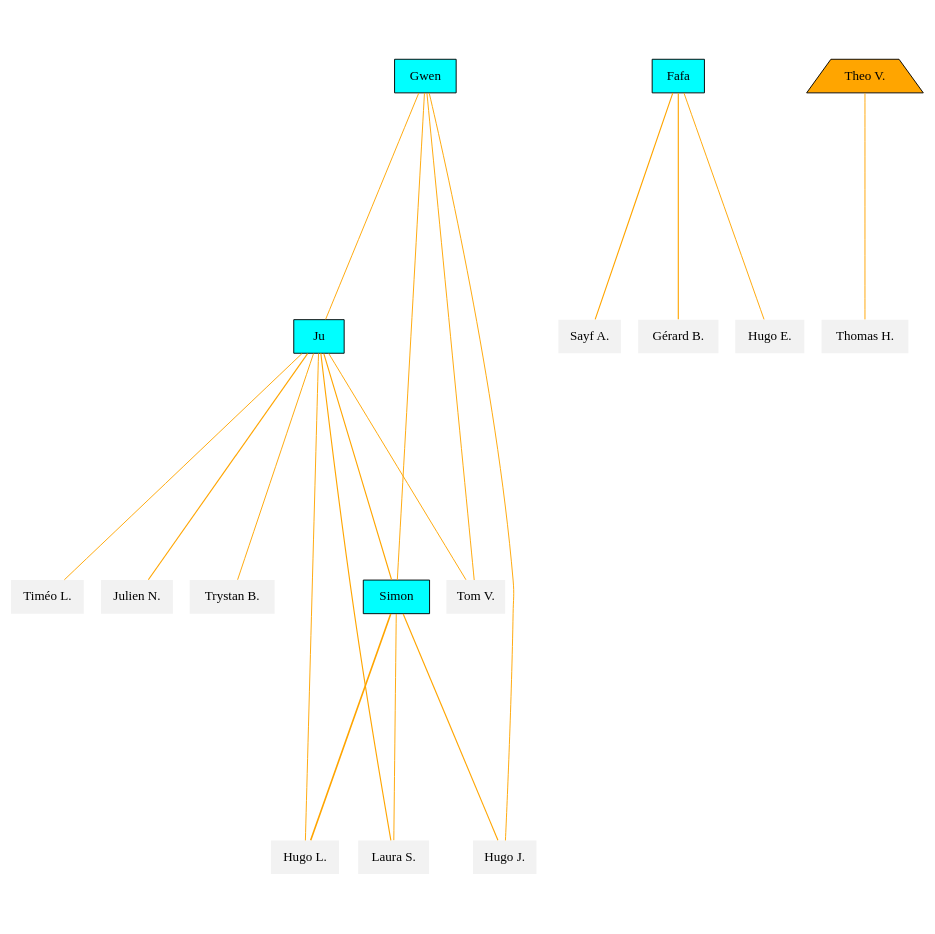
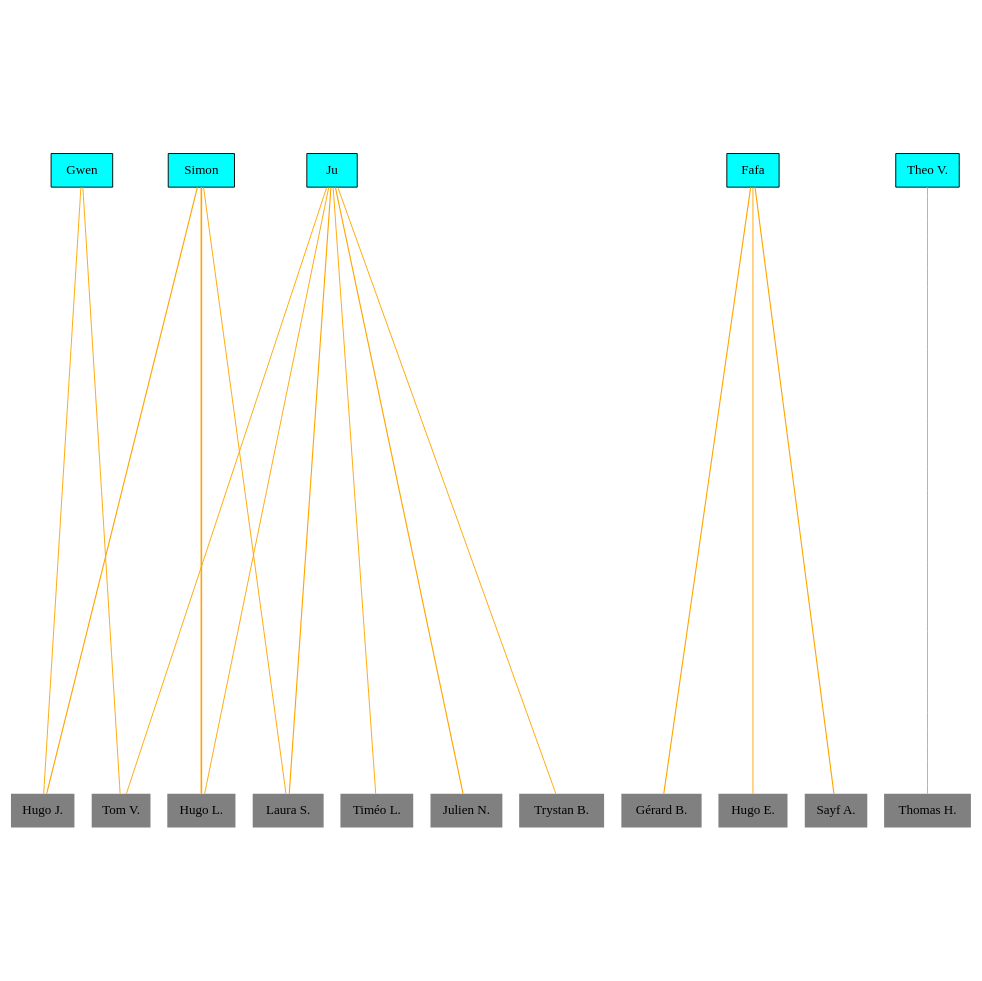
The diagram in jumpers_PAC.dot (GuilhemRep/sauts), drawn with Graphviz before and after one commit. The commit also changed 5 other files, not shown here.

```diff
--- a/jumpers_PAC.dot
+++ b/jumpers_PAC.dot
@@ -1,37 +1,34 @@
 graph Jumpers {
 	graph [overlap=false ratio=1 size="15,15" splines=true]
-	"Julien N." [fillcolor=gray95 shape=none style=filled]
-	"Trystan B." [fillcolor=gray95 shape=none style=filled]
-	"Sayf A." [fillcolor=gray95 shape=none style=filled]
-	"Thomas H." [fillcolor=gray95 shape=none style=filled]
-	"Gérard B." [fillcolor=gray95 shape=none style=filled]
-	"Hugo E." [fillcolor=gray95 shape=none style=filled]
-	"Theo V." [fillcolor=orange shape=trapezium style=filled]
+	" Gwen " [fillcolor=cyan shape=rectangle style=filled]
+	" Simon " [fillcolor=cyan shape=rectangle style=filled]
+	"Laura S." [fillcolor=gray shape=none style=filled]
+	" Ju " [fillcolor=cyan shape=rectangle style=filled]
+	"Hugo L." [fillcolor=gray shape=none style=filled]
 	" Fafa " [fillcolor=cyan shape=rectangle style=filled]
-	"Hugo L." [fillcolor=gray95 shape=none style=filled]
-	" Ju " [fillcolor=cyan shape=rectangle style=filled]
-	"Laura S." [fillcolor=gray95 shape=none style=filled]
-	"Hugo J." [fillcolor=gray95 shape=none style=filled]
-	" Gwen " [fillcolor=cyan shape=rectangle style=filled]
-	"Timéo L." [fillcolor=gray95 shape=none style=filled]
-	" Simon " [fillcolor=cyan shape=rectangle style=filled]
-	"Tom V." [fillcolor=gray95 shape=none style=filled]
+	"Timéo L." [fillcolor=gray shape=none style=filled]
+	"Theo V." [fillcolor=cyan shape=rectangle style=filled]
+	"Hugo J." [fillcolor=gray shape=none style=filled]
+	"Gérard B." [fillcolor=gray shape=none style=filled]
+	"Julien N." [fillcolor=gray shape=none style=filled]
+	"Trystan B." [fillcolor=gray shape=none style=filled]
+	"Tom V." [fillcolor=gray shape=none style=filled]
+	"Hugo E." [fillcolor=gray shape=none style=filled]
+	"Thomas H." [fillcolor=gray shape=none style=filled]
+	"Sayf A." [fillcolor=gray shape=none style=filled]
 	" Fafa " -- "Sayf A." [color=orange len=1.5 penwidth=1.2071067811865475]
 	" Ju " -- "Tom V." [color=orange len=1.0 penwidth=1.0]
 	" Gwen " -- "Tom V." [color=orange len=1.0 penwidth=1.0]
-	" Gwen " -- " Ju " [color=orange len=1.0 penwidth=1.0]
 	" Ju " -- "Timéo L." [color=orange len=1.5 penwidth=1.0]
 	"Theo V." -- "Thomas H." [color=orange len=1.5 penwidth=1.0]
 	" Ju " -- "Trystan B." [color=orange len=1.5 penwidth=1.0]
 	" Ju " -- "Hugo L." [color=orange len=1.0 penwidth=1.0]
 	" Simon " -- "Hugo L." [color=orange len=1.5 penwidth=1.724744871391589]
-	" Ju " -- " Simon " [color=orange len=1.0 penwidth=1.2071067811865475]
 	" Gwen " -- "Hugo J." [color=orange len=1.0 penwidth=1.0]
 	" Simon " -- "Hugo J." [color=orange len=1.5 penwidth=1.2071067811865475]
-	" Gwen " -- " Simon " [color=orange len=1.0 penwidth=1.0]
 	" Fafa " -- "Hugo E." [color=orange len=1.5 penwidth=1.0]
 	" Fafa " -- "Gérard B." [color=orange len=1.5 penwidth=1.2071067811865475]
 	" Ju " -- "Julien N." [color=orange len=1.5 penwidth=1.2071067811865475]
 	" Ju " -- "Laura S." [color=orange len=1.5 penwidth=1.2071067811865475]
 	" Simon " -- "Laura S." [color=orange len=1.0 penwidth=1.0]
 }
```
